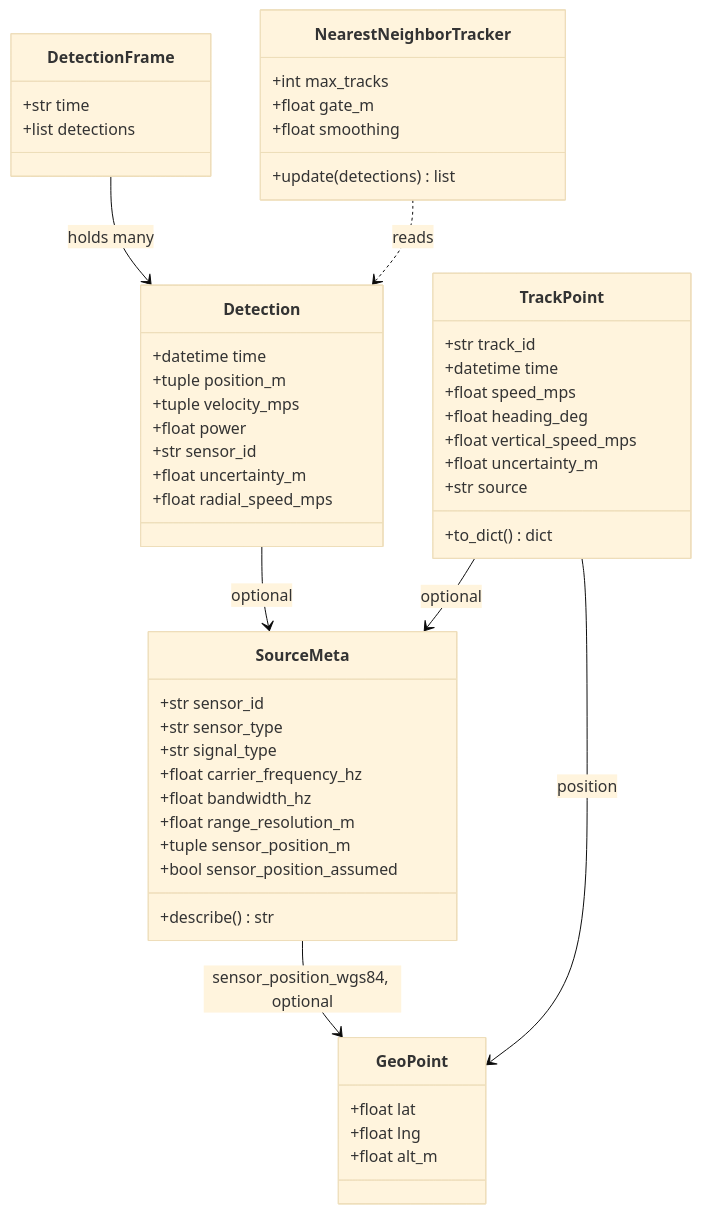
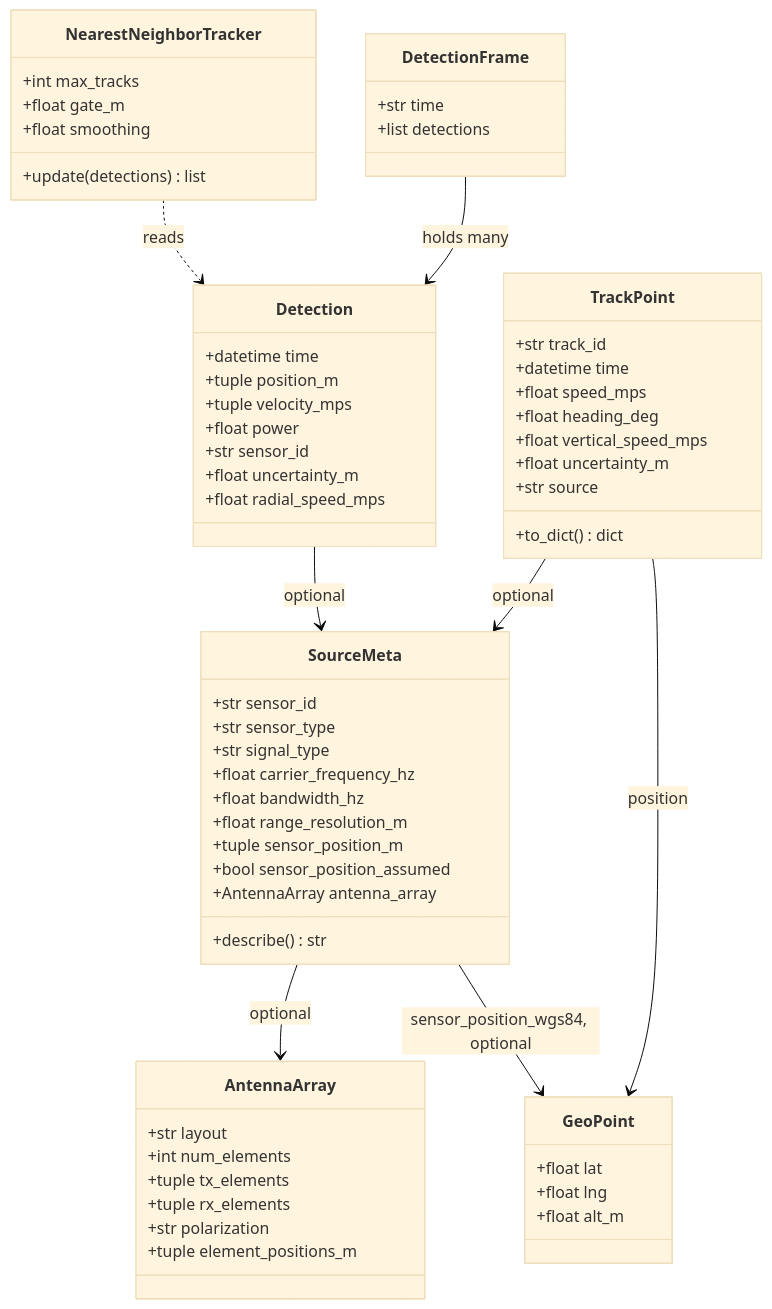
One commit to AdamWalters1/SeniorDesignRepo changed the fifth of 5 diagrams in docs/ARCHITECTURE.md. Above: the diagram before and after it, drawn with Mermaid (base theme). The commit also changed other lines of this file and 14 other files, not shown here.

Commit message:
Add optional antenna array metadata and show all source metadata in the side panel

````diff
--- a/docs/ARCHITECTURE.md
+++ b/docs/ARCHITECTURE.md
@@ -162,54 +162,64 @@
 ```mermaid
 classDiagram
     class DetectionFrame {
         +str time
         +list detections
     }
     class Detection {
         +datetime time
         +tuple position_m
         +tuple velocity_mps
         +float power
         +str sensor_id
         +float uncertainty_m
         +float radial_speed_mps
     }
+    class AntennaArray {
+        +str layout
+        +int num_elements
+        +tuple tx_elements
+        +tuple rx_elements
+        +str polarization
+        +tuple element_positions_m
+    }
     class SourceMeta {
         +str sensor_id
         +str sensor_type
         +str signal_type
         +float carrier_frequency_hz
         +float bandwidth_hz
         +float range_resolution_m
         +tuple sensor_position_m
         +bool sensor_position_assumed
+        +AntennaArray antenna_array
         +describe() str
     }
     class GeoPoint {
         +float lat
         +float lng
         +float alt_m
     }
     class TrackPoint {
         +str track_id
         +datetime time
         +float speed_mps
         +float heading_deg
         +float vertical_speed_mps
         +float uncertainty_m
         +str source
         +to_dict() dict
     }
     class NearestNeighborTracker {
         +int max_tracks
         +float gate_m
         +float smoothing
         +update(detections) list
     }
     DetectionFrame --> Detection : holds many
     Detection --> SourceMeta : optional
     SourceMeta --> GeoPoint : sensor_position_wgs84, optional
+    SourceMeta --> AntennaArray : optional
     TrackPoint --> GeoPoint : position
     TrackPoint --> SourceMeta : optional
     NearestNeighborTracker ..> Detection : reads
 ```
````
